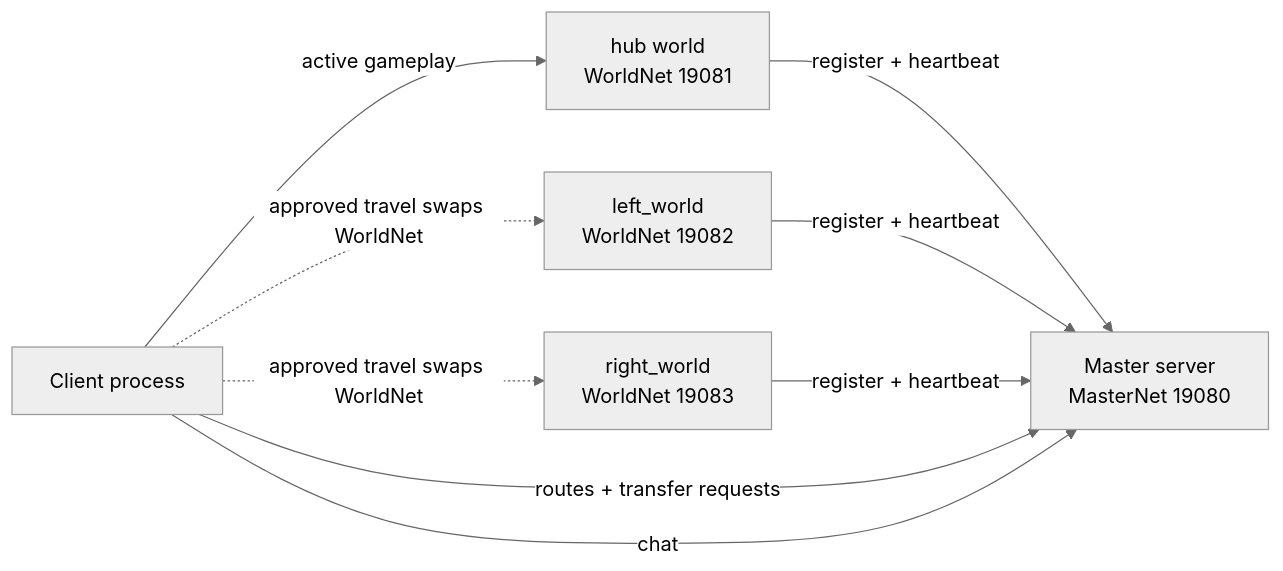
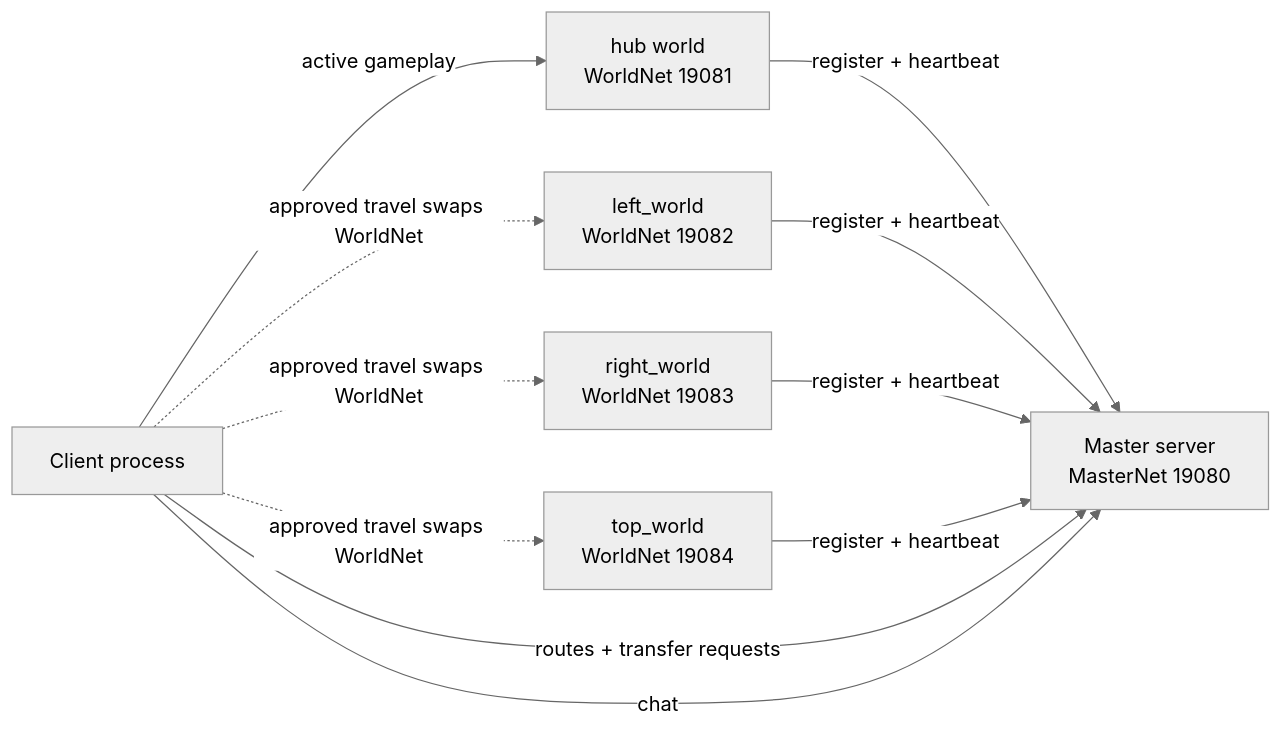
The diagram in docs/godot-multi-server-architecture-guide.md (Shilo/multi-server-test), drawn with Mermaid (neutral theme) before and after one commit. The commit also changed other lines of this file and 7 other files, not shown here.

````diff
--- a/docs/godot-multi-server-architecture-guide.md
+++ b/docs/godot-multi-server-architecture-guide.md
@@ -33,18 +33,21 @@
 ```mermaid
 flowchart LR
     Client["Client process"]
     Master["Master server<br/>MasterNet 19080"]
     Hub["hub world<br/>WorldNet 19081"]
     Left["left_world<br/>WorldNet 19082"]
     Right["right_world<br/>WorldNet 19083"]
+    Top["top_world<br/>WorldNet 19084"]
 
     Hub -- "register + heartbeat" --> Master
     Left -- "register + heartbeat" --> Master
     Right -- "register + heartbeat" --> Master
+    Top -- "register + heartbeat" --> Master
 
     Client -- "routes + transfer requests" --> Master
     Client -- "chat" --> Master
     Client -- "active gameplay" --> Hub
     Client -. "approved travel swaps WorldNet" .-> Left
     Client -. "approved travel swaps WorldNet" .-> Right
+    Client -. "approved travel swaps WorldNet" .-> Top
 ```
````
